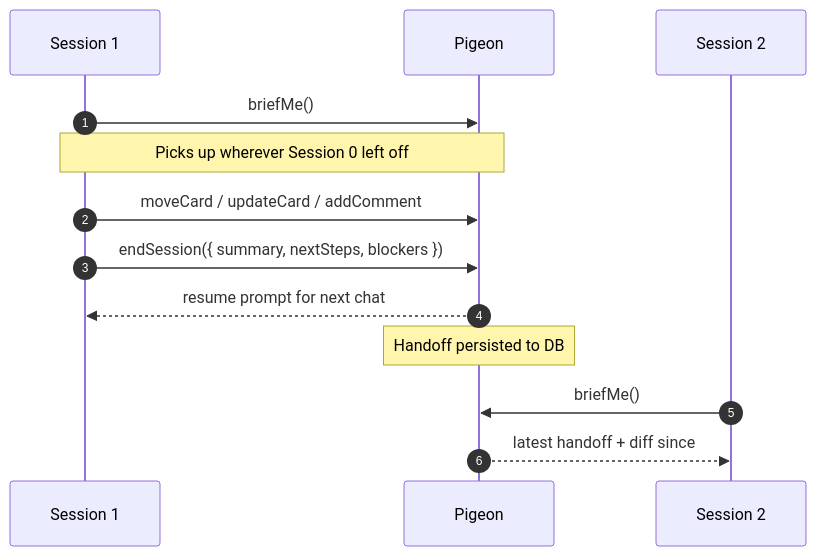
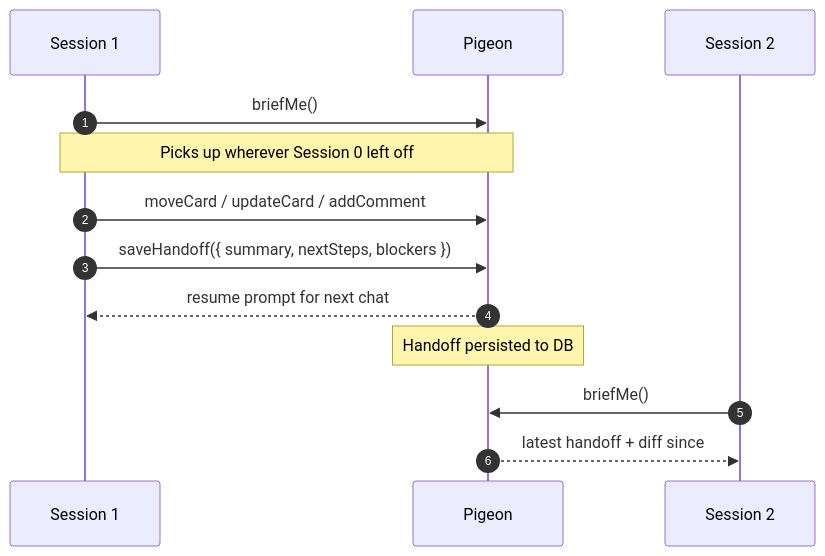
Before and after one commit to 2nspired/project-tracker: the diagram in docs-site/src/content/docs/concepts.mdx, drawn with Mermaid. The commit also changed other lines of this file and 16 other files, not shown here.

First line of the commit message:
docs: rewrite narrative for saveHandoff rename (#151)

````diff
--- a/docs-site/src/content/docs/concepts.mdx
+++ b/docs-site/src/content/docs/concepts.mdx
@@ -18,16 +18,16 @@
 ```mermaid
 sequenceDiagram
 	autonumber
 	participant S1 as Session 1
 	participant T as Pigeon
 	participant S2 as Session 2
 
 	S1->>T: briefMe()
 	Note over S1,T: Picks up wherever Session 0 left off
 	S1->>T: moveCard / updateCard / addComment
-	S1->>T: endSession({ summary, nextSteps, blockers })
+	S1->>T: saveHandoff({ summary, nextSteps, blockers })
 	T-->>S1: resume prompt for next chat
 	Note over T: Handoff persisted to DB
 	S2->>T: briefMe()
 	T-->>S2: latest handoff + diff since
 ```
````
